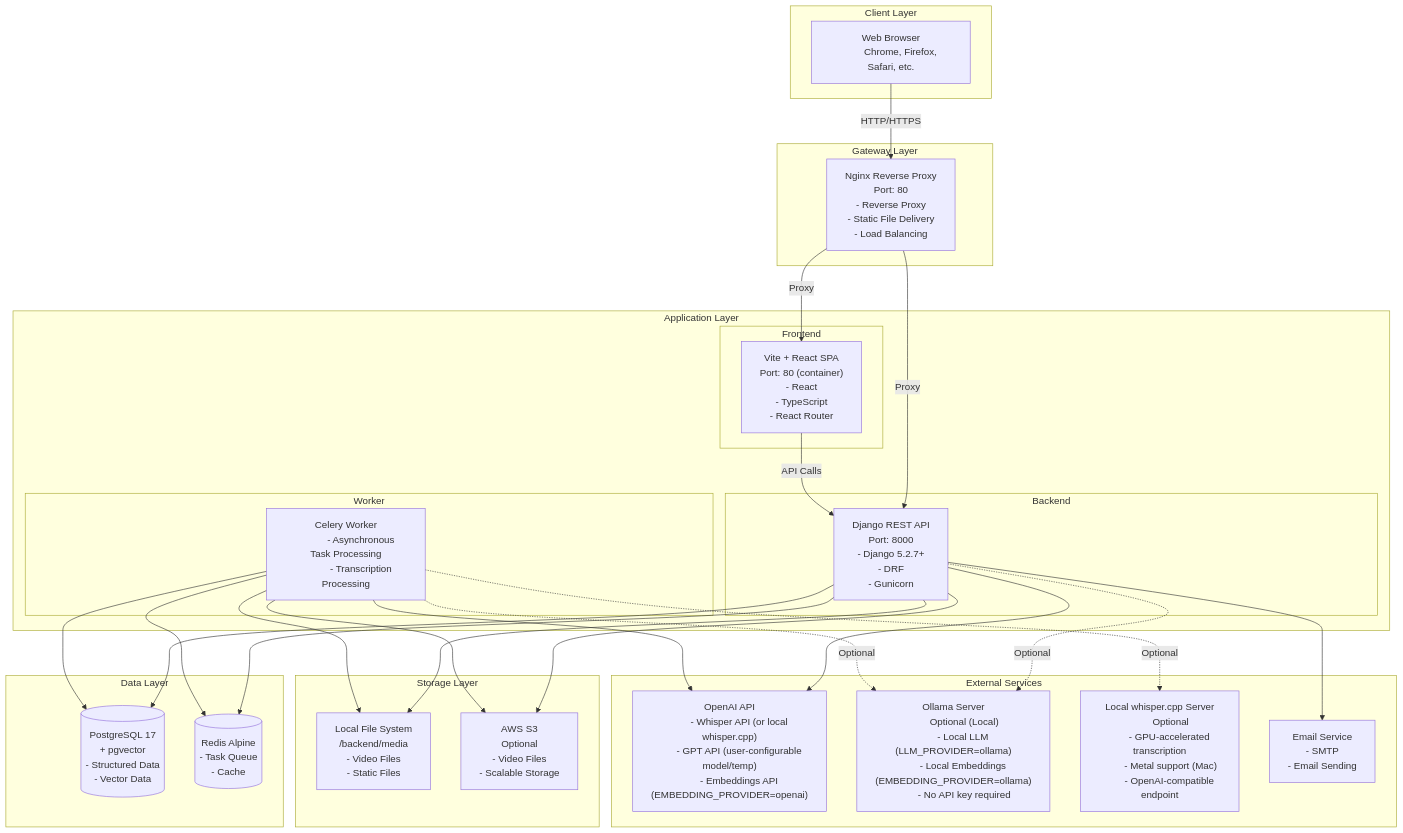
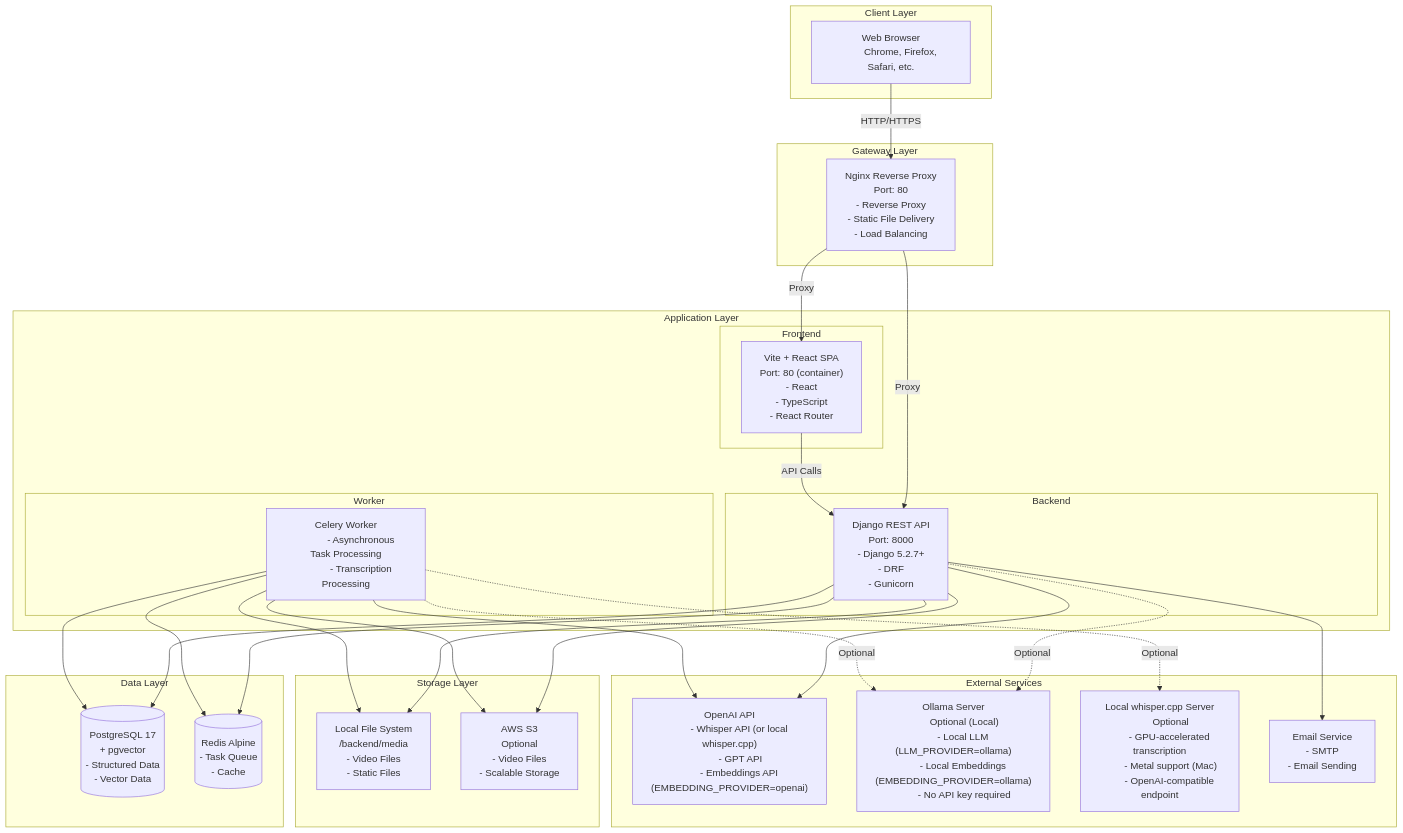
One commit to yukiharada1228/videoq changed the first of 7 diagrams in docs/architecture/system-configuration-diagram.md. Above: the diagram before and after it, drawn with Mermaid. The commit also changed 6 other files, not shown here.

```diff
--- a/docs/architecture/system-configuration-diagram.md
+++ b/docs/architecture/system-configuration-diagram.md
@@ -69,7 +69,7 @@
     subgraph External["External Services"]
         OpenAI["OpenAI API
         - Whisper API (or local whisper.cpp)
-        - GPT API (user-configurable model/temp)
+        - GPT API
         - Embeddings API (EMBEDDING_PROVIDER=openai)"]
         Ollama["Ollama Server
         Optional (Local)
```
